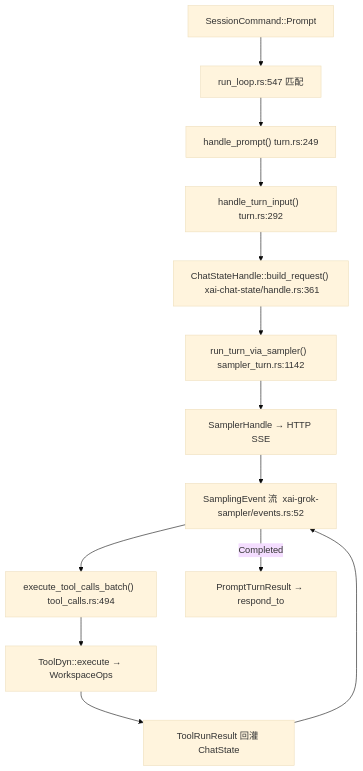
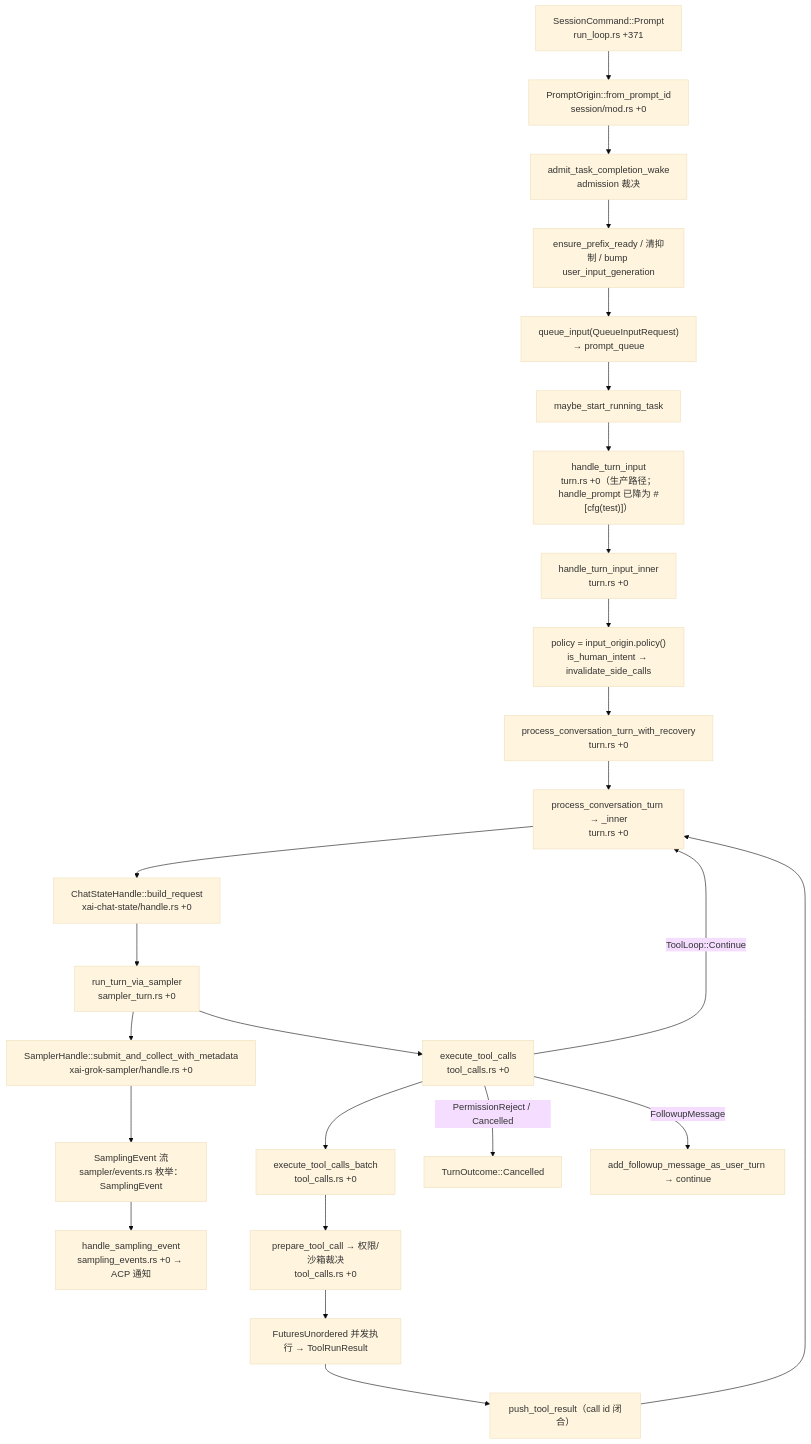
Before and after one commit to adrian9778/grok-build: the second of 2 diagrams in docs/adrian/sourceReader/09-Agent会话与模型循环.md, drawn with Mermaid (base theme). The commit also changed other lines of this file and 18 other files, not shown here.

````diff
--- a/docs/adrian/sourceReader/09-Agent会话与模型循环.md
+++ b/docs/adrian/sourceReader/09-Agent会话与模型循环.md
@@ -54,15 +105,27 @@
 ```mermaid
 flowchart TD
-    A["SessionCommand::Prompt"] --> B["run_loop.rs:547 匹配"]
-    B --> C["handle_prompt()  turn.rs:249"]
-    C --> D["handle_turn_input()  turn.rs:292"]
-    D --> E["ChatStateHandle::build_request()  xai-chat-state/handle.rs:361"]
-    E --> F["run_turn_via_sampler()  sampler_turn.rs:1142"]
-    F --> G["SamplerHandle → HTTP SSE"]
-    G --> H["SamplingEvent 流  xai-grok-sampler/events.rs:52"]
-    H --> I["execute_tool_calls_batch()  tool_calls.rs:494"]
-    I --> J["ToolDyn::execute → WorkspaceOps"]
-    J --> K["ToolRunResult 回灌 ChatState"]
-    K --> H
-    H -->|Completed| L["PromptTurnResult → respond_to"]
+    A["SessionCommand::Prompt<br/>run_loop.rs +371"] --> B["PromptOrigin::from_prompt_id<br/>session/mod.rs +0"]
+    B --> C["admit_task_completion_wake<br/>admission 裁决"]
+    C --> D["ensure_prefix_ready / 清抑制 / bump user_input_generation"]
+    D --> E["queue_input(QueueInputRequest)<br/>→ prompt_queue"]
+    E --> F["maybe_start_running_task"]
+    F --> G["handle_turn_input<br/>turn.rs +0（生产路径；handle_prompt 已降为 #[cfg(test)]）"]
+    G --> H["handle_turn_input_inner<br/>turn.rs +0"]
+    H --> I["policy = input_origin.policy()<br/>is_human_intent → invalidate_side_calls"]
+    I --> J["process_conversation_turn_with_recovery<br/>turn.rs +0"]
+    J --> K["process_conversation_turn → _inner<br/>turn.rs +0"]
+    K --> L["ChatStateHandle::build_request<br/>xai-chat-state/handle.rs +0"]
+    L --> M["run_turn_via_sampler<br/>sampler_turn.rs +0"]
+    M --> N["SamplerHandle::submit_and_collect_with_metadata<br/>xai-grok-sampler/handle.rs +0"]
+    N --> O["SamplingEvent 流<br/>sampler/events.rs 枚举：SamplingEvent"]
+    O --> P["handle_sampling_event<br/>sampling_events.rs +0 → ACP 通知"]
+    M --> Q["execute_tool_calls<br/>tool_calls.rs +0"]
+    Q --> R["execute_tool_calls_batch<br/>tool_calls.rs +0"]
+    R --> S["prepare_tool_call → 权限/沙箱裁决<br/>tool_calls.rs +0"]
+    S --> T["FuturesUnordered 并发执行 → ToolRunResult"]
+    T --> U["push_tool_result（call id 闭合）"]
+    U --> K
+    Q -->|"ToolLoop::Continue"| K
+    Q -->|"PermissionReject / Cancelled"| V["TurnOutcome::Cancelled"]
+    Q -->|"FollowupMessage"| W["add_followup_message_as_user_turn → continue"]
 ```
````
